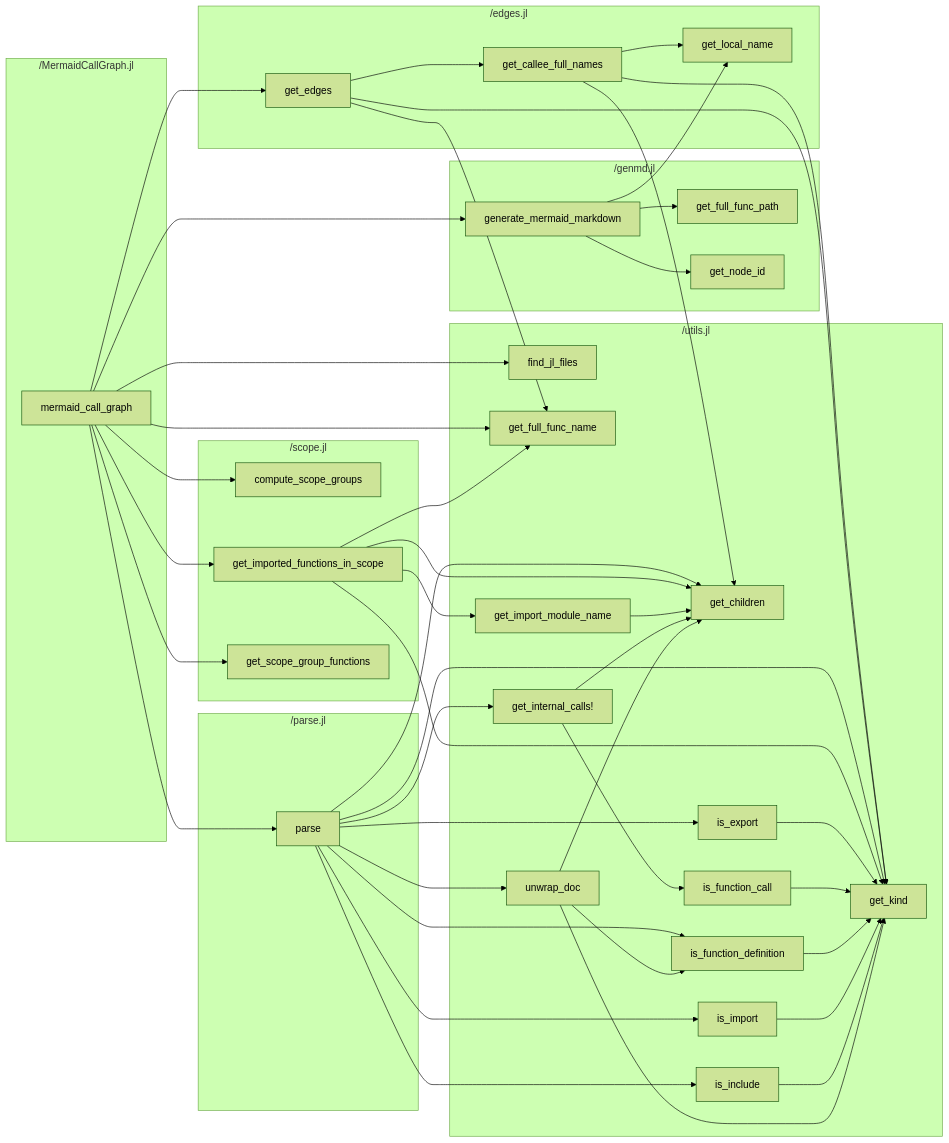
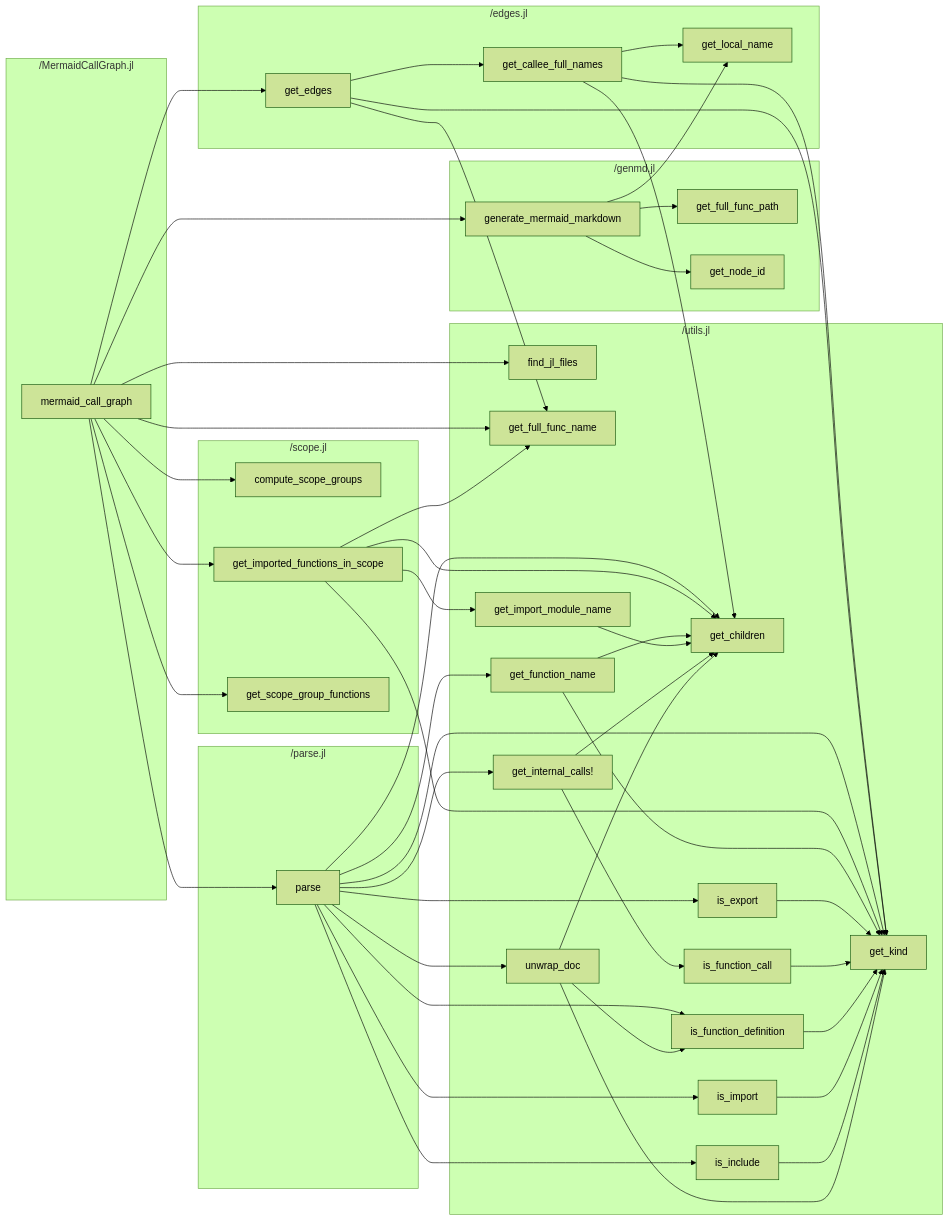
The diagram in test/expected_mermaid_call_graph.md (t-garin/MermaidCallGraph.jl), drawn with Mermaid (forest theme) before and after one commit. The commit also changed 2 other files, not shown here.

Commit message:
get_function_name + accounts for where and emty stubs

````diff
--- a/test/expected_mermaid_call_graph.md
+++ b/test/expected_mermaid_call_graph.md
@@ -1,78 +1,82 @@
 ```mermaid
 flowchart LR
     subgraph "/MermaidCallGraph.jl"
         _MermaidCallGraph_jl_mermaid_call_graph["mermaid_call_graph"]
     end
     subgraph "/edges.jl"
         _edges_jl_get_callee_full_names["get_callee_full_names"]
         _edges_jl_get_edges["get_edges"]
         _edges_jl_get_local_name["get_local_name"]
     end
     subgraph "/genmd.jl"
         _genmd_jl_generate_mermaid_markdown["generate_mermaid_markdown"]
         _genmd_jl_get_full_func_path["get_full_func_path"]
         _genmd_jl_get_node_id["get_node_id"]
     end
     subgraph "/parse.jl"
         _parse_jl_parse["parse"]
     end
     subgraph "/scope.jl"
         _scope_jl_compute_scope_groups["compute_scope_groups"]
         _scope_jl_get_imported_functions_in_scope["get_imported_functions_in_scope"]
         _scope_jl_get_scope_group_functions["get_scope_group_functions"]
     end
     subgraph "/utils.jl"
         _utils_jl_find_jl_files["find_jl_files"]
         _utils_jl_get_children["get_children"]
         _utils_jl_get_full_func_name["get_full_func_name"]
+        _utils_jl_get_function_name["get_function_name"]
         _utils_jl_get_import_module_name["get_import_module_name"]
         _utils_jl_get_internal_calls_["get_internal_calls!"]
         _utils_jl_get_kind["get_kind"]
         _utils_jl_is_export["is_export"]
         _utils_jl_is_function_call["is_function_call"]
         _utils_jl_is_function_definition["is_function_definition"]
         _utils_jl_is_import["is_import"]
         _utils_jl_is_include["is_include"]
         _utils_jl_unwrap_doc["unwrap_doc"]
     end
     _MermaidCallGraph_jl_mermaid_call_graph --> _edges_jl_get_edges
     _MermaidCallGraph_jl_mermaid_call_graph --> _genmd_jl_generate_mermaid_markdown
     _MermaidCallGraph_jl_mermaid_call_graph --> _parse_jl_parse
     _MermaidCallGraph_jl_mermaid_call_graph --> _scope_jl_compute_scope_groups
     _MermaidCallGraph_jl_mermaid_call_graph --> _scope_jl_get_imported_functions_in_scope
     _MermaidCallGraph_jl_mermaid_call_graph --> _scope_jl_get_scope_group_functions
     _MermaidCallGraph_jl_mermaid_call_graph --> _utils_jl_find_jl_files
     _MermaidCallGraph_jl_mermaid_call_graph --> _utils_jl_get_full_func_name
     _edges_jl_get_callee_full_names --> _edges_jl_get_local_name
     _edges_jl_get_callee_full_names --> _utils_jl_get_children
     _edges_jl_get_callee_full_names --> _utils_jl_get_kind
     _edges_jl_get_edges --> _edges_jl_get_callee_full_names
     _edges_jl_get_edges --> _utils_jl_get_full_func_name
     _edges_jl_get_edges --> _utils_jl_get_kind
     _genmd_jl_generate_mermaid_markdown --> _edges_jl_get_local_name
     _genmd_jl_generate_mermaid_markdown --> _genmd_jl_get_full_func_path
     _genmd_jl_generate_mermaid_markdown --> _genmd_jl_get_node_id
     _parse_jl_parse --> _utils_jl_get_children
+    _parse_jl_parse --> _utils_jl_get_function_name
     _parse_jl_parse --> _utils_jl_get_internal_calls_
     _parse_jl_parse --> _utils_jl_get_kind
     _parse_jl_parse --> _utils_jl_is_export
     _parse_jl_parse --> _utils_jl_is_function_definition
     _parse_jl_parse --> _utils_jl_is_import
     _parse_jl_parse --> _utils_jl_is_include
     _parse_jl_parse --> _utils_jl_unwrap_doc
     _scope_jl_get_imported_functions_in_scope --> _utils_jl_get_children
     _scope_jl_get_imported_functions_in_scope --> _utils_jl_get_full_func_name
     _scope_jl_get_imported_functions_in_scope --> _utils_jl_get_import_module_name
     _scope_jl_get_imported_functions_in_scope --> _utils_jl_get_kind
+    _utils_jl_get_function_name --> _utils_jl_get_children
+    _utils_jl_get_function_name --> _utils_jl_get_kind
     _utils_jl_get_import_module_name --> _utils_jl_get_children
     _utils_jl_get_internal_calls_ --> _utils_jl_get_children
     _utils_jl_get_internal_calls_ --> _utils_jl_is_function_call
     _utils_jl_is_export --> _utils_jl_get_kind
     _utils_jl_is_function_call --> _utils_jl_get_kind
     _utils_jl_is_function_definition --> _utils_jl_get_kind
     _utils_jl_is_import --> _utils_jl_get_kind
     _utils_jl_is_include --> _utils_jl_get_kind
     _utils_jl_unwrap_doc --> _utils_jl_get_children
     _utils_jl_unwrap_doc --> _utils_jl_get_kind
     _utils_jl_unwrap_doc --> _utils_jl_is_function_definition
 ```
````
